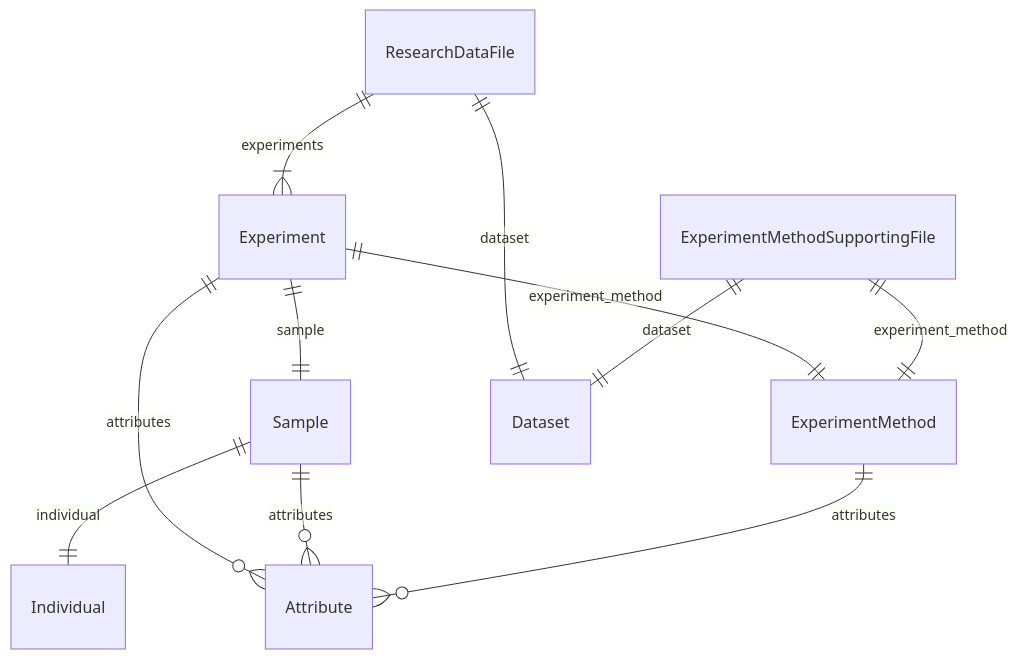
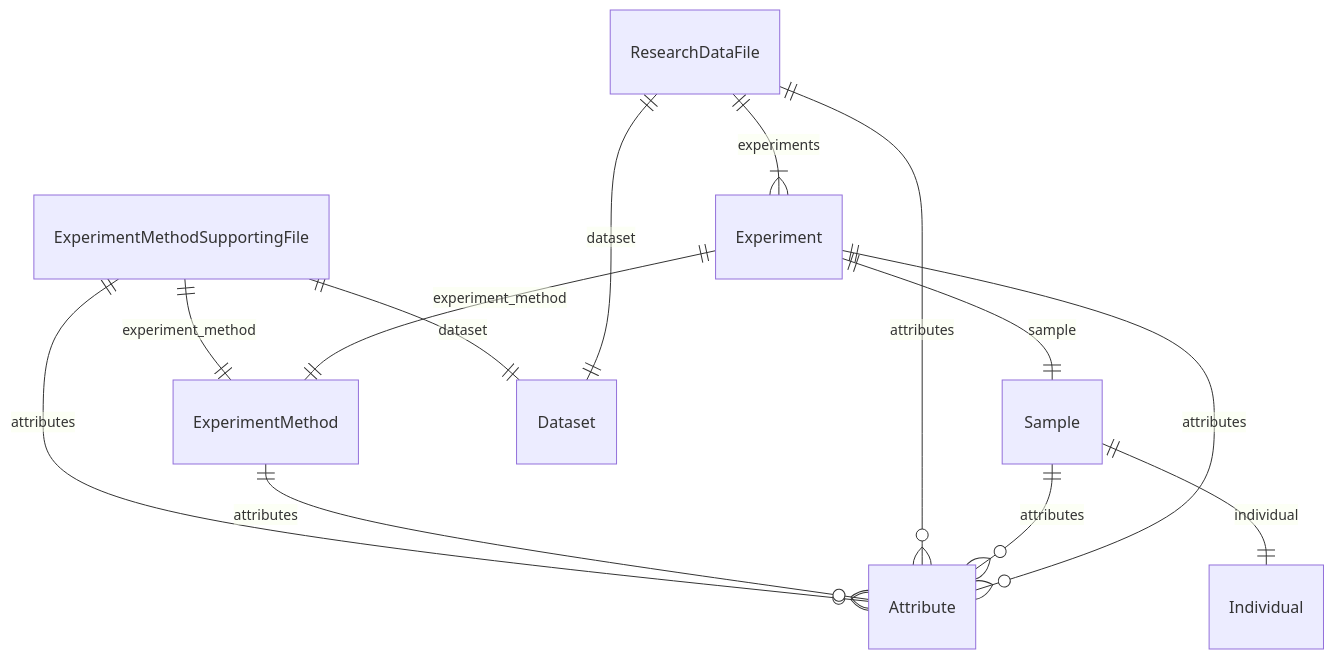
The third of 5 diagrams in docs/entity_relations.md (ghga-de/ghga-metadata-schema), drawn with Mermaid before and after one commit. The commit also changed other lines of this file and 153 other files, not shown here.

````diff
--- a/docs/entity_relations.md
+++ b/docs/entity_relations.md
@@ -135,30 +140,32 @@
 ```mermaid
 erDiagram
 ExperimentMethodSupportingFile {
 
 }
 ExperimentMethod {
 
 }
 ResearchDataFile {
 
 }
 Sample {
 
 }
 Experiment {
 
 }
 
 ExperimentMethodSupportingFile ||--|| ExperimentMethod : "experiment_method"
 ExperimentMethodSupportingFile ||--|| Dataset : "dataset"
+ExperimentMethodSupportingFile ||--}o Attribute : "attributes"
 ExperimentMethod ||--}o Attribute : "attributes"
 ResearchDataFile ||--}| Experiment : "experiments"
 ResearchDataFile ||--|| Dataset : "dataset"
+ResearchDataFile ||--}o Attribute : "attributes"
 Sample ||--|| Individual : "individual"
 Sample ||--}o Attribute : "attributes"
 Experiment ||--|| ExperimentMethod : "experiment_method"
 Experiment ||--|| Sample : "sample"
 Experiment ||--}o Attribute : "attributes"
 
 ```
````
